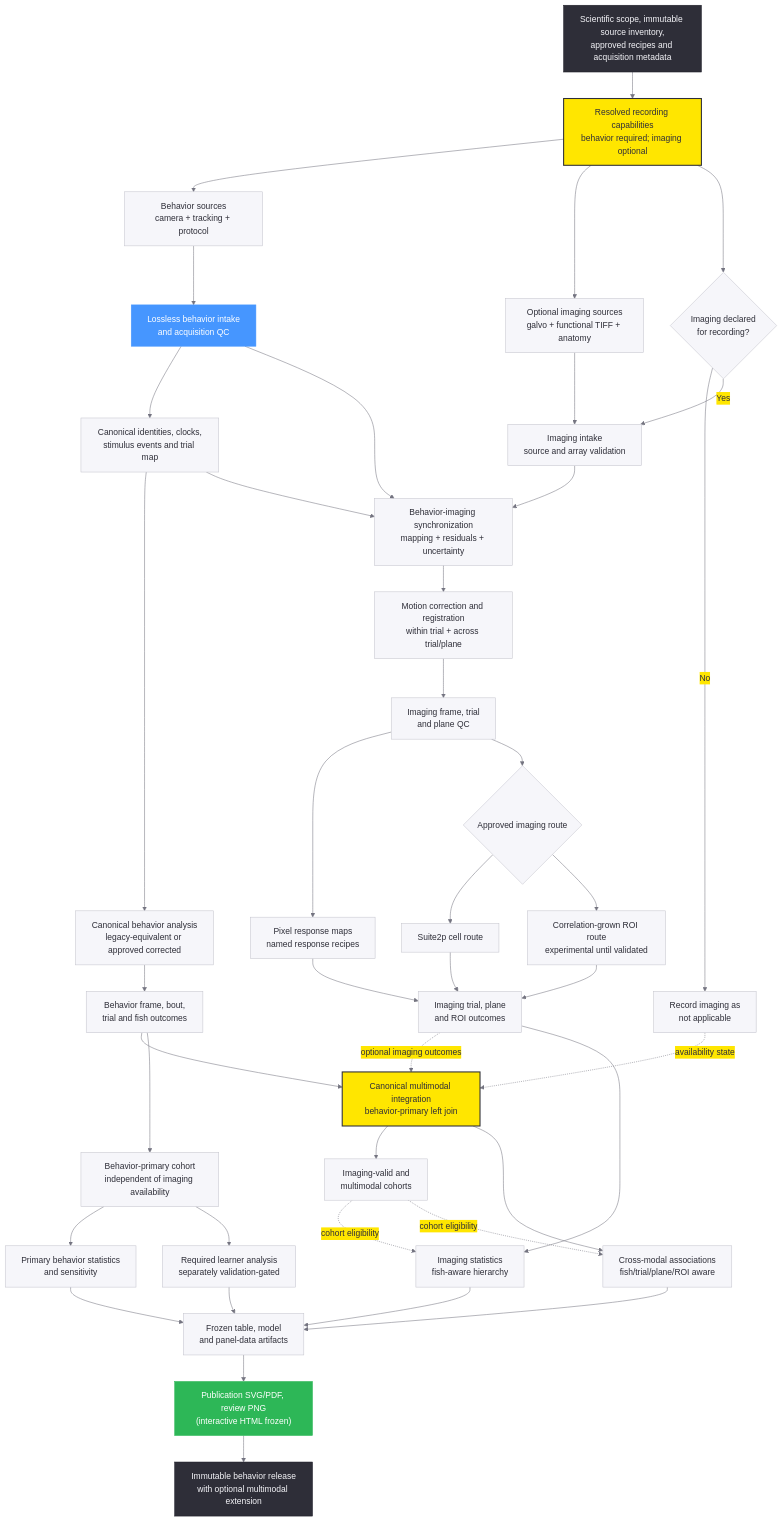
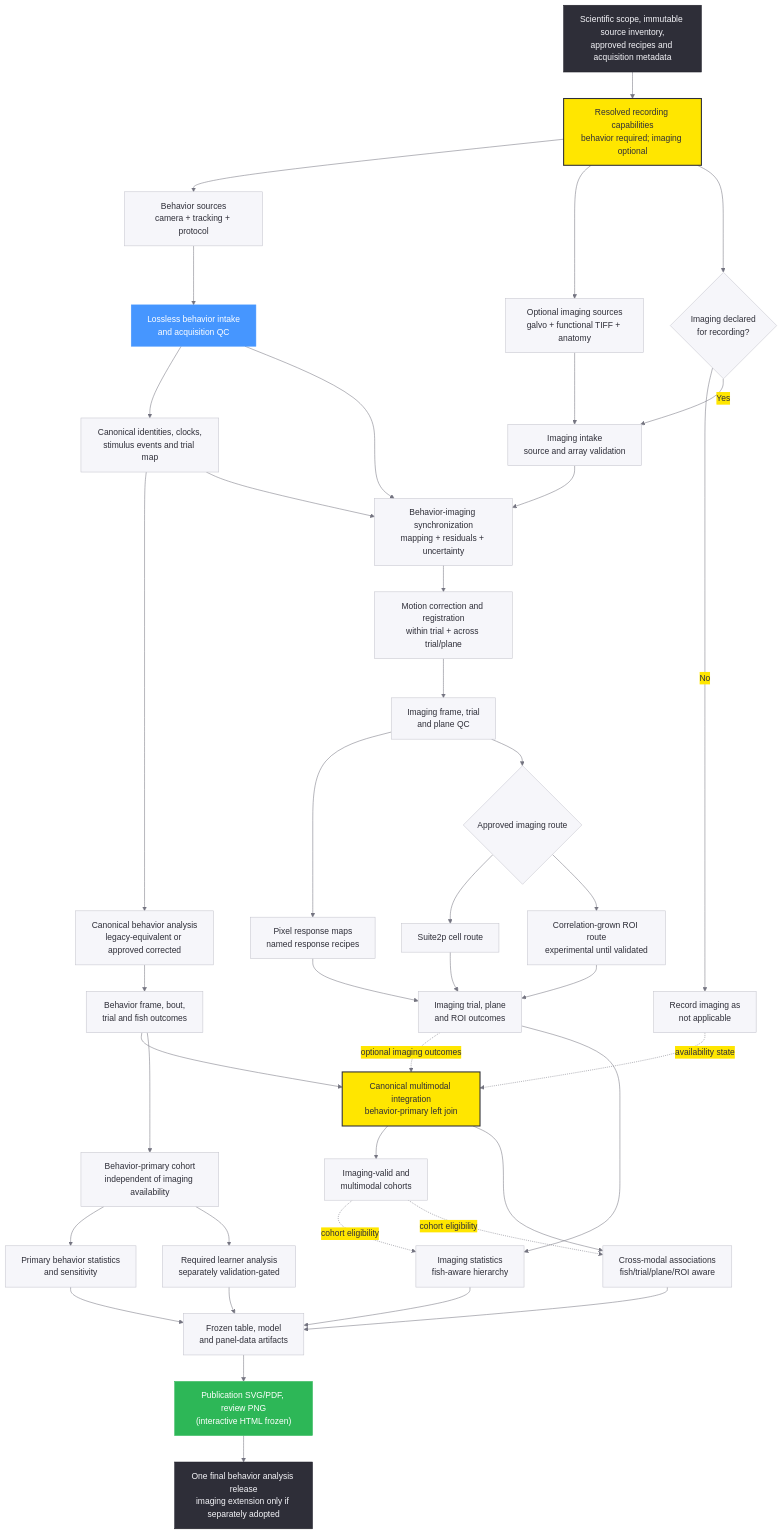
Before and after one commit to jasmc/ClassicalConditioning: the first of 4 diagrams in docs/analysis/ARCHITECTURE.md, drawn with Mermaid. The commit also changed other lines of this file and 51 other files, not shown here.

Commit message:
docs(plans): reorganize analysis roadmap and archives

````diff
--- a/docs/analysis/ARCHITECTURE.md
+++ b/docs/analysis/ARCHITECTURE.md
@@ -9,71 +17,71 @@
 ```mermaid
 %%{init: {'theme': 'base', 'themeVariables': {'primaryColor': '#F6F6FA', 'primaryTextColor': '#2E2E38', 'primaryBorderColor': '#C4C4CD', 'lineColor': '#747480', 'secondaryColor': '#FFE600', 'tertiaryColor': '#4696FF', 'fontFamily': 'Arial, Noto Sans, sans-serif'}}}%%
 graph TD
     GOV["Scientific scope, immutable source inventory,<br/>approved recipes and acquisition metadata"]:::dark
     CAP["Resolved recording capabilities<br/>behavior required; imaging optional"]:::highlight
     BRAW["Behavior sources<br/>camera + tracking + protocol"]
     IRAW["Optional imaging sources<br/>galvo + functional TIFF + anatomy"]
     BINT["Lossless behavior intake<br/>and acquisition QC"]:::accent
     TRIAL["Canonical identities, clocks,<br/>stimulus events and trial map"]
     BPIPE["Canonical behavior analysis<br/>legacy-equivalent or approved corrected"]
     BOUT["Behavior frame, bout,<br/>trial and fish outcomes"]
     ICAP{"Imaging declared<br/>for recording?"}
     INA["Record imaging as<br/>not applicable"]
     IINT["Imaging intake<br/>source and array validation"]
     SYNC["Behavior-imaging synchronization<br/>mapping + residuals + uncertainty"]
     REG["Motion correction and registration<br/>within trial + across trial/plane"]
     IQC["Imaging frame, trial<br/>and plane QC"]
     PIX["Pixel response maps<br/>named response recipes"]
     ROI{"Approved imaging route"}
     SR["Suite2p cell route"]
     CR["Correlation-grown ROI route<br/>experimental until validated"]
     IOUT["Imaging trial, plane<br/>and ROI outcomes"]
     JOIN["Canonical multimodal integration<br/>behavior-primary left join"]:::highlight
     BC["Behavior-primary cohort<br/>independent of imaging availability"]
     MC["Imaging-valid and<br/>multimodal cohorts"]
     BS["Primary behavior statistics<br/>and sensitivity"]
     IS["Imaging statistics<br/>fish-aware hierarchy"]
     XS["Cross-modal associations<br/>fish/trial/plane/ROI aware"]
     LEARN["Required learner analysis<br/>separately validation-gated"]
     PANEL["Frozen table, model<br/>and panel-data artifacts"]
     FIG["Publication SVG/PDF, review PNG<br/>(interactive HTML frozen)"]:::success
-    REL["Immutable behavior release<br/>with optional multimodal extension"]:::dark
+    REL["One final behavior analysis release<br/>imaging extension only if separately adopted"]:::dark
 
     GOV --> CAP
     CAP --> BRAW
     CAP --> IRAW
     BRAW --> BINT --> TRIAL
     TRIAL --> BPIPE --> BOUT
     CAP --> ICAP
     ICAP -->|No| INA
     ICAP -->|Yes| IINT
     IRAW --> IINT
     BINT --> SYNC
     TRIAL --> SYNC
     IINT --> SYNC --> REG --> IQC
     IQC --> PIX --> IOUT
     IQC --> ROI
     ROI --> SR --> IOUT
     ROI --> CR --> IOUT
     BOUT --> JOIN
     IOUT -. optional imaging outcomes .-> JOIN
     INA -. availability state .-> JOIN
     BOUT --> BC
     JOIN --> MC
     BC --> BS
     BC --> LEARN
     IOUT --> IS
     MC -. cohort eligibility .-> IS
     JOIN --> XS
     MC -. cohort eligibility .-> XS
     BS --> PANEL
     IS --> PANEL
     XS --> PANEL
     LEARN --> PANEL
     PANEL --> FIG --> REL
 
     classDef highlight fill:#FFE600,stroke:#2E2E38,stroke-width:2px,color:#2E2E38
     classDef accent fill:#4696FF,stroke:#4696FF,stroke-width:1px,color:#FFFFFF
     classDef success fill:#2DB757,stroke:#2DB757,stroke-width:1px,color:#FFFFFF
     classDef dark fill:#2E2E38,stroke:#1A1A24,stroke-width:1px,color:#F6F6FA
 ```
````
